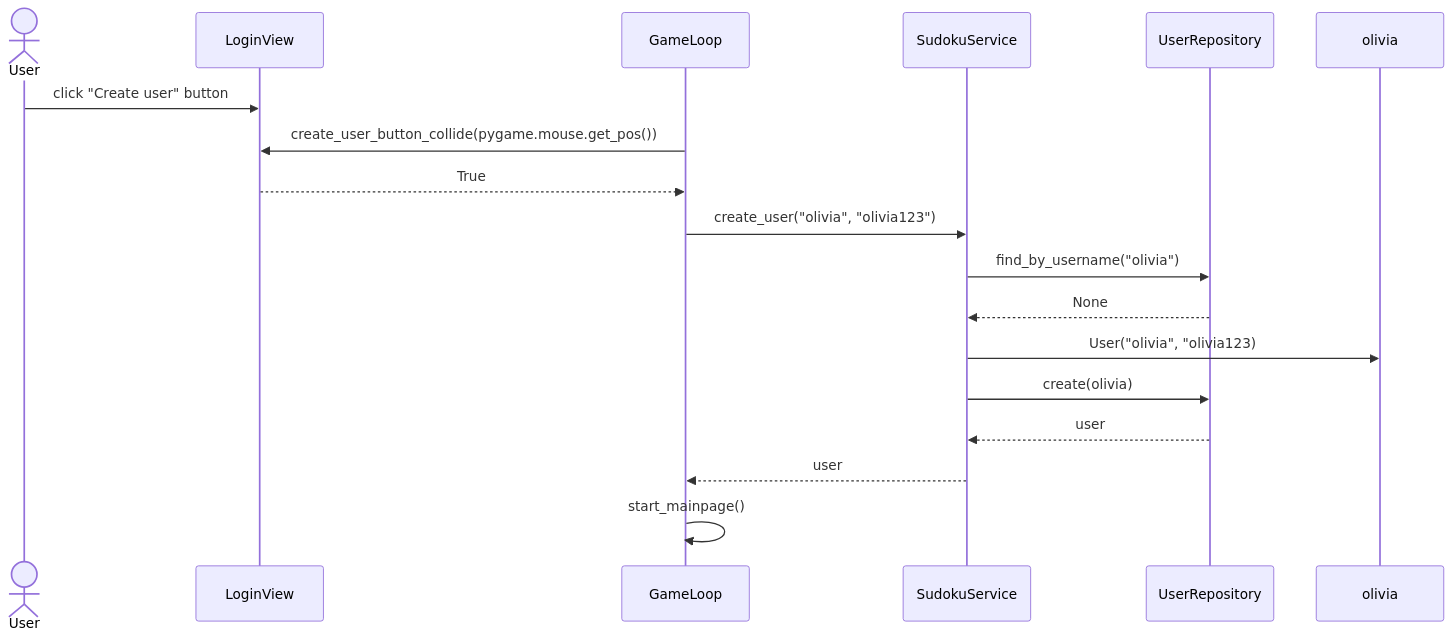
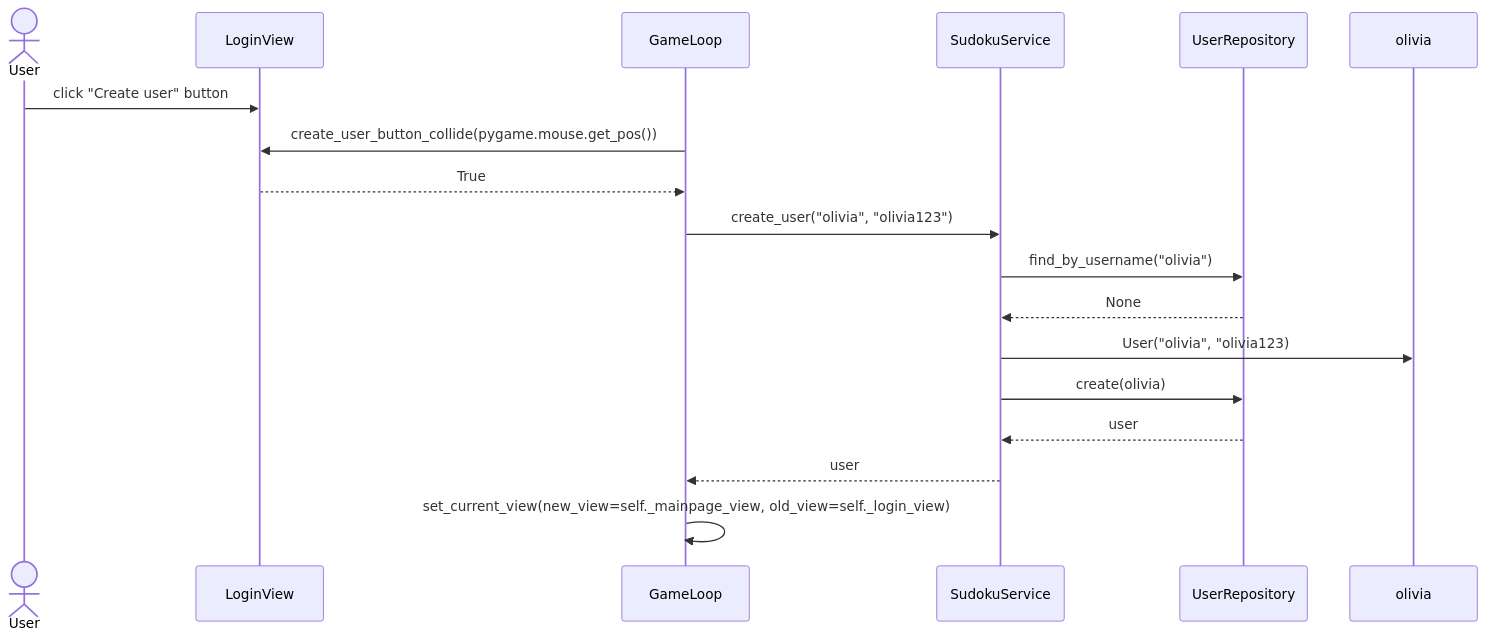
One commit to oliviahorjamo/OhTe-harjoitustyo-2022 changed the third of 6 diagrams in dokumentaatio/arkkitehtuuri.md. Above: the diagram before and after it, drawn with Mermaid. The commit also changed other lines of this file, not shown here.

````diff
--- a/dokumentaatio/arkkitehtuuri.md
+++ b/dokumentaatio/arkkitehtuuri.md
@@ -143,20 +143,20 @@
 ```mermaid
 sequenceDiagram
   actor User
   participant LoginView
   participant GameLoop
   participant SudokuService
   participant UserRepository
   participant olivia
   User->>LoginView: click "Create user" button
   GameLoop->>LoginView: create_user_button_collide(pygame.mouse.get_pos())
   LoginView-->>GameLoop: True
   GameLoop->>SudokuService: create_user("olivia", "olivia123")
   SudokuService->>UserRepository: find_by_username("olivia")
   UserRepository-->>SudokuService: None
   SudokuService->> olivia: User("olivia", "olivia123)
   SudokuService->>UserRepository: create(olivia)
   UserRepository-->>SudokuService: user
   SudokuService-->>GameLoop: user
-  GameLoop->>GameLoop: start_mainpage()
+  GameLoop->>GameLoop: set_current_view(new_view=self._mainpage_view, old_view=self._login_view)
 ```
````
